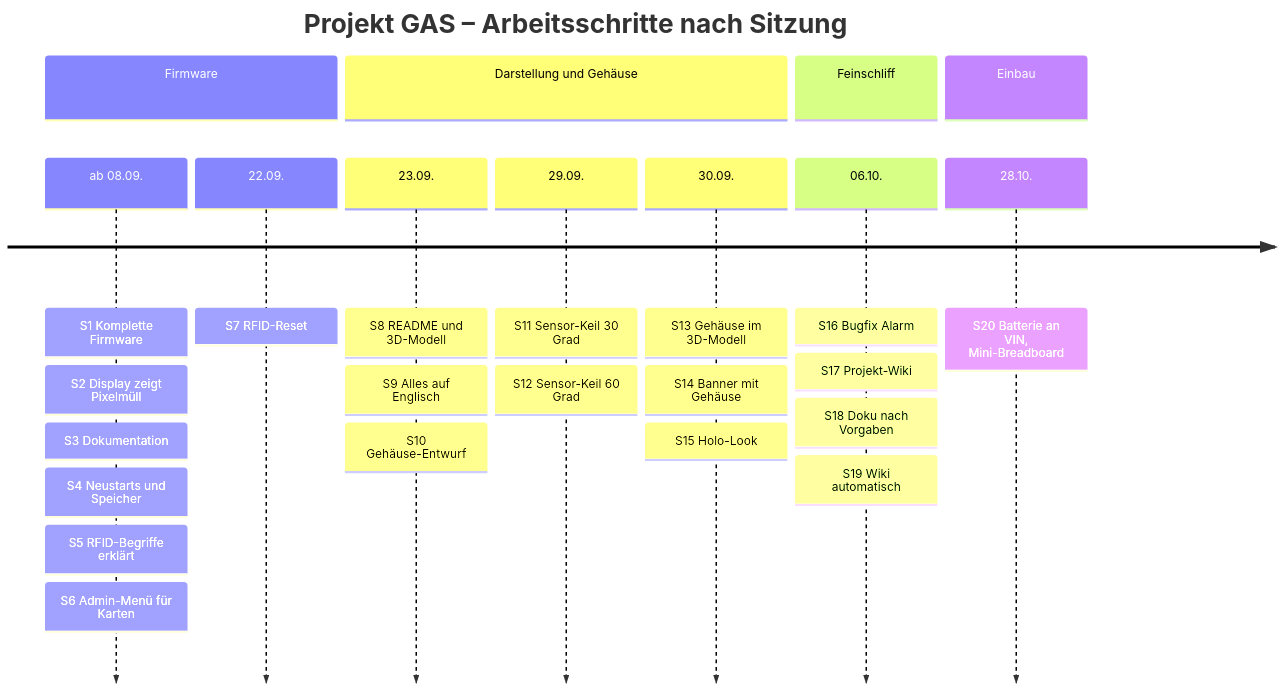
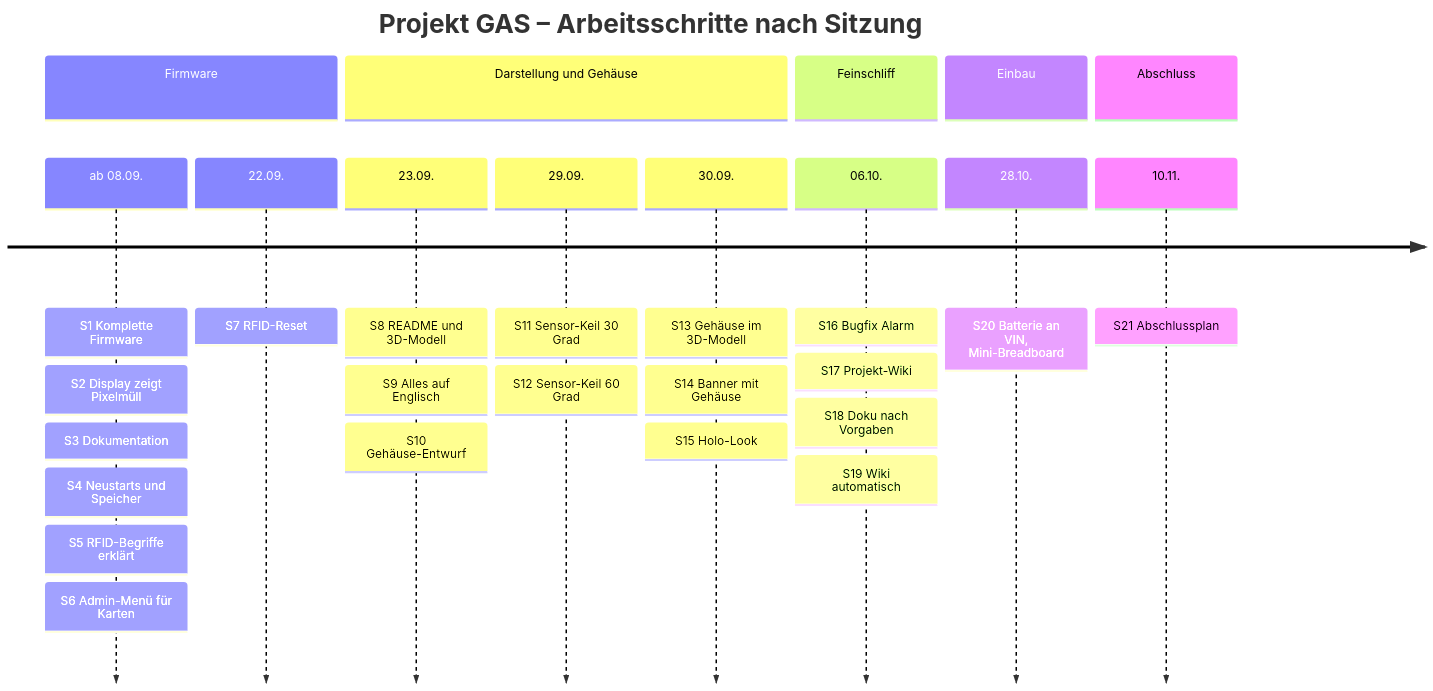
One commit to BBZ-AIFS51/LF7-Projekt_GAS changed the first of 3 diagrams in wiki/Entwicklungsverlauf.md. Above: the diagram before and after it, drawn with Mermaid. The commit also changed other lines of this file and 4 other files, not shown here.

````diff
--- a/wiki/Entwicklungsverlauf.md
+++ b/wiki/Entwicklungsverlauf.md
@@ -25,28 +25,30 @@
 ```mermaid
 timeline
     title Projekt GAS – Arbeitsschritte nach Sitzung
     section Firmware
         ab 08.09. : S1 Komplette Firmware
                   : S2 Display zeigt Pixelmüll
                   : S3 Dokumentation
                   : S4 Neustarts und Speicher
                   : S5 RFID-Begriffe erklärt
                   : S6 Admin-Menü für Karten
         22.09. : S7 RFID-Reset
     section Darstellung und Gehäuse
         23.09. : S8 README und 3D-Modell
                : S9 Alles auf Englisch
                : S10 Gehäuse-Entwurf
         29.09. : S11 Sensor-Keil 30 Grad
                : S12 Sensor-Keil 60 Grad
         30.09. : S13 Gehäuse im 3D-Modell
                : S14 Banner mit Gehäuse
                : S15 Holo-Look
     section Feinschliff
         06.10. : S16 Bugfix Alarm
                : S17 Projekt-Wiki
                : S18 Doku nach Vorgaben
                : S19 Wiki automatisch
     section Einbau
         28.10. : S20 Batterie an VIN, Mini-Breadboard
+    section Abschluss
+        10.11. : S21 Abschlussplan
 ```
````
